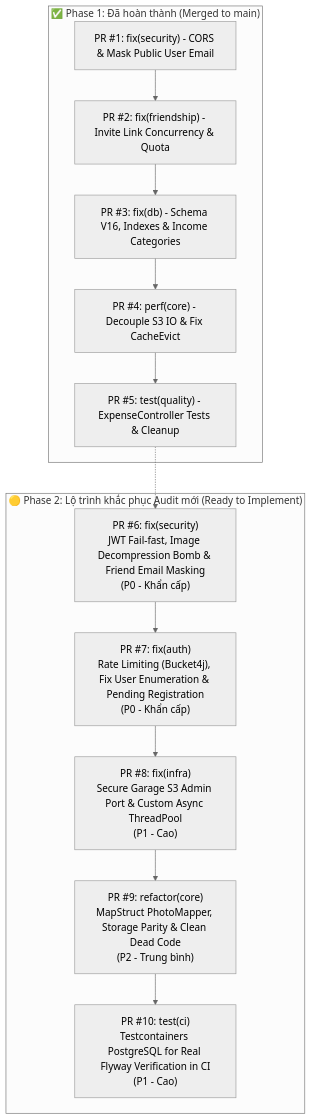
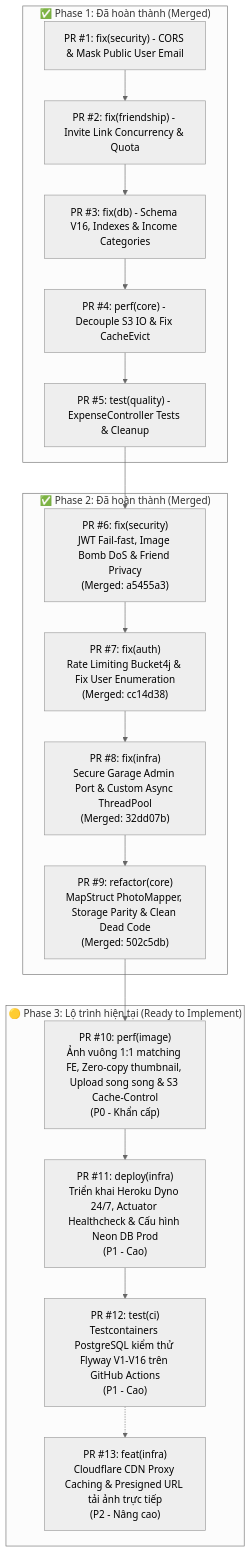
Before and after one commit to khanhnkq/checked-backend: the diagram in docs/PULL_REQUESTS_ROADMAP.md, drawn with Mermaid (neutral theme). The commit also changed other lines of this file, not shown here.

Commit message:
docs(roadmap): add Phase 3 PRs for square 1:1 image optimization, heroku deploy and ci

````diff
--- a/docs/PULL_REQUESTS_ROADMAP.md
+++ b/docs/PULL_REQUESTS_ROADMAP.md
@@ -13,26 +15,32 @@
 ```mermaid
 flowchart TD
-    subgraph PHASE1["✅ Phase 1: Đã hoàn thành (Merged to main)"]
+    subgraph PHASE1["✅ Phase 1: Đã hoàn thành (Merged)"]
         PR1["PR #1: fix(security) - CORS & Mask Public User Email"]
         PR2["PR #2: fix(friendship) - Invite Link Concurrency & Quota"]
         PR3["PR #3: fix(db) - Schema V16, Indexes & Income Categories"]
         PR4["PR #4: perf(core) - Decouple S3 IO & Fix CacheEvict"]
         PR5["PR #5: test(quality) - ExpenseController Tests & Cleanup"]
         PR1 --> PR2 --> PR3 --> PR4 --> PR5
     end
 
-    subgraph PHASE2["🟡 Phase 2: Lộ trình khắc phục Audit mới (Ready to Implement)"]
-        PR6["PR #6: fix(security)\nJWT Fail-fast, Image Decompression Bomb & Friend Email Masking\n(P0 - Khẩn cấp)"]
-        PR7["PR #7: fix(auth)\nRate Limiting (Bucket4j), Fix User Enumeration & Pending Registration\n(P0 - Khẩn cấp)"]
-        PR8["PR #8: fix(infra)\nSecure Garage S3 Admin Port & Custom Async ThreadPool\n(P1 - Cao)"]
-        PR9["PR #9: refactor(core)\nMapStruct PhotoMapper, Storage Parity & Clean Dead Code\n(P2 - Trung bình)"]
-        PR10["PR #10: test(ci)\nTestcontainers PostgreSQL for Real Flyway Verification in CI\n(P1 - Cao)"]
-
-        PR6 --> PR7
-        PR7 --> PR8
-        PR8 --> PR9
-        PR9 --> PR10
+    subgraph PHASE2["✅ Phase 2: Đã hoàn thành (Merged)"]
+        PR6["PR #6: fix(security)\nJWT Fail-fast, Image Bomb DoS & Friend Privacy\n(Merged: a5455a3)"]
+        PR7["PR #7: fix(auth)\nRate Limiting Bucket4j & Fix User Enumeration\n(Merged: cc14d38)"]
+        PR8["PR #8: fix(infra)\nSecure Garage Admin Port & Custom Async ThreadPool\n(Merged: 32dd07b)"]
+        PR9["PR #9: refactor(core)\nMapStruct PhotoMapper, Storage Parity & Clean Dead Code\n(Merged: 502c5db)"]
+        PR6 --> PR7 --> PR8 --> PR9
     end
 
-    PR5 -.-> PR6
+    subgraph PHASE3["🟡 Phase 3: Lộ trình hiện tại (Ready to Implement)"]
+        PR10["PR #10: perf(image)\nẢnh vuông 1:1 matching FE, Zero-copy thumbnail, Upload song song & S3 Cache-Control\n(P0 - Khẩn cấp)"]
+        PR11["PR #11: deploy(infra)\nTriển khai Heroku Dyno 24/7, Actuator Healthcheck & Cấu hình Neon DB Prod\n(P1 - Cao)"]
+        PR12["PR #12: test(ci)\nTestcontainers PostgreSQL kiểm thử Flyway V1-V16 trên GitHub Actions\n(P1 - Cao)"]
+        PR13["PR #13: feat(infra)\nCloudflare CDN Proxy Caching & Presigned URL tải ảnh trực tiếp\n(P2 - Nâng cao)"]
+        PR10 --> PR11
+        PR11 --> PR12
+        PR12 -.-> PR13
+    end
+
+    PR5 --> PR6
+    PR9 --> PR10
 ```
````
